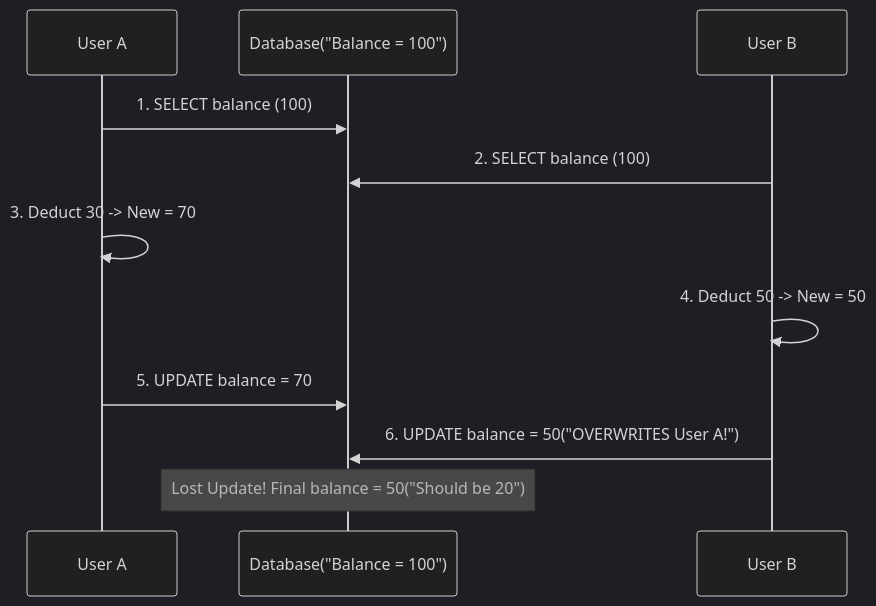
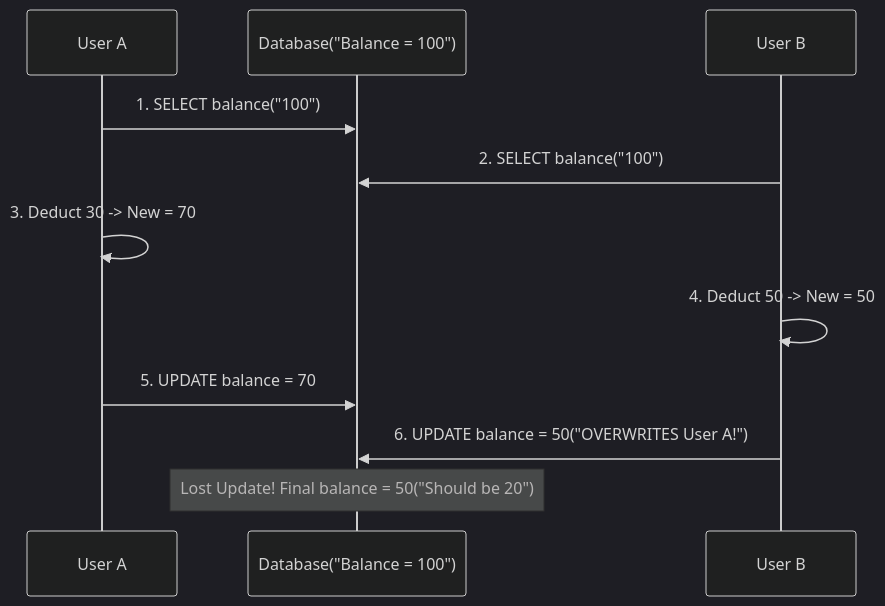
Before and after one commit to pploc/swe-icon-the-moment: the diagram in content/questions/language/java/spring-data-jpa-locking.md, drawn with Mermaid (dark theme). The commit also changed 138 other files, not shown here.

````diff
--- a/content/questions/language/java/spring-data-jpa-locking.md
+++ b/content/questions/language/java/spring-data-jpa-locking.md
@@ -19,15 +19,16 @@
 ```mermaid
 sequenceDiagram
     participant UserA as User A
     participant DB as Database("Balance = 100")
     participant UserB as User B
 
-    UserA->>DB: 1. SELECT balance (100)
-    UserB->>DB: 2. SELECT balance (100)
+    UserA->>DB: 1. SELECT balance("100")
+    UserB->>DB: 2. SELECT balance("100")
     UserA->>UserA: 3. Deduct 30 -> New = 70
     UserB->>UserB: 4. Deduct 50 -> New = 50
     UserA->>DB: 5. UPDATE balance = 70
     UserB->>DB: 6. UPDATE balance = 50("OVERWRITES User A!")
     Note over DB: Lost Update! Final balance = 50("Should be 20")
 
+
 ```
````
